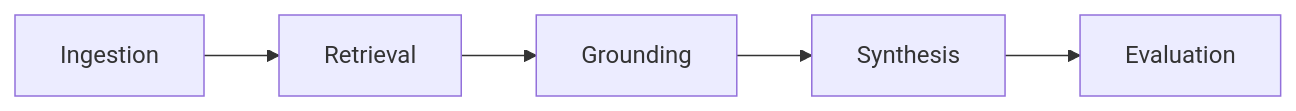
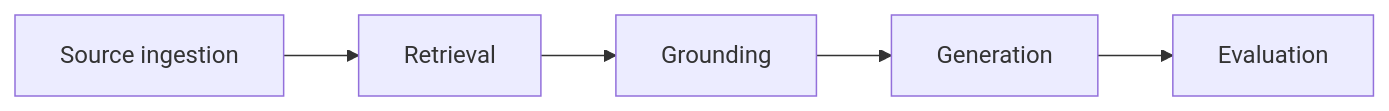
Before and after one commit to 122sp7/xuanwu-app: the second of 2 diagrams in docs/contexts/notebooklm/subdomains.md, drawn with Mermaid. The commit also changed other lines of this file and 4 other files, not shown here.

````diff
--- a/docs/contexts/notebooklm/subdomains.md
+++ b/docs/contexts/notebooklm/subdomains.md
@@ -57,7 +51,7 @@
 ```mermaid
 flowchart LR
-	Ingestion["Ingestion"] --> Retrieval["Retrieval"]
+	Source["Source ingestion"] --> Retrieval["Retrieval"]
 	Retrieval --> Grounding["Grounding"]
-	Grounding --> Synthesis["Synthesis"]
-	Synthesis --> Evaluation["Evaluation"]
+	Grounding --> Generation["Generation"]
+	Generation --> Evaluation["Evaluation"]
 ```
````
